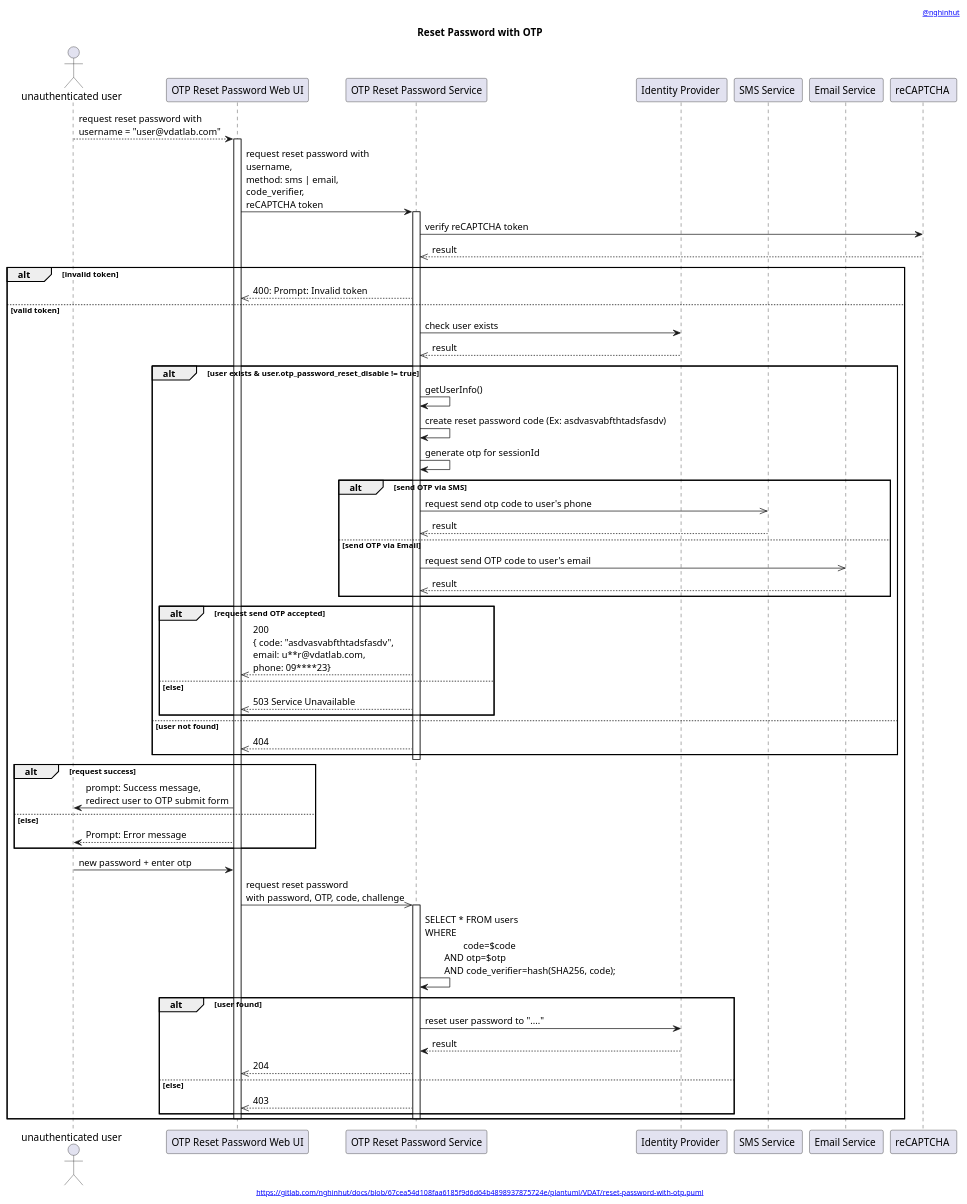
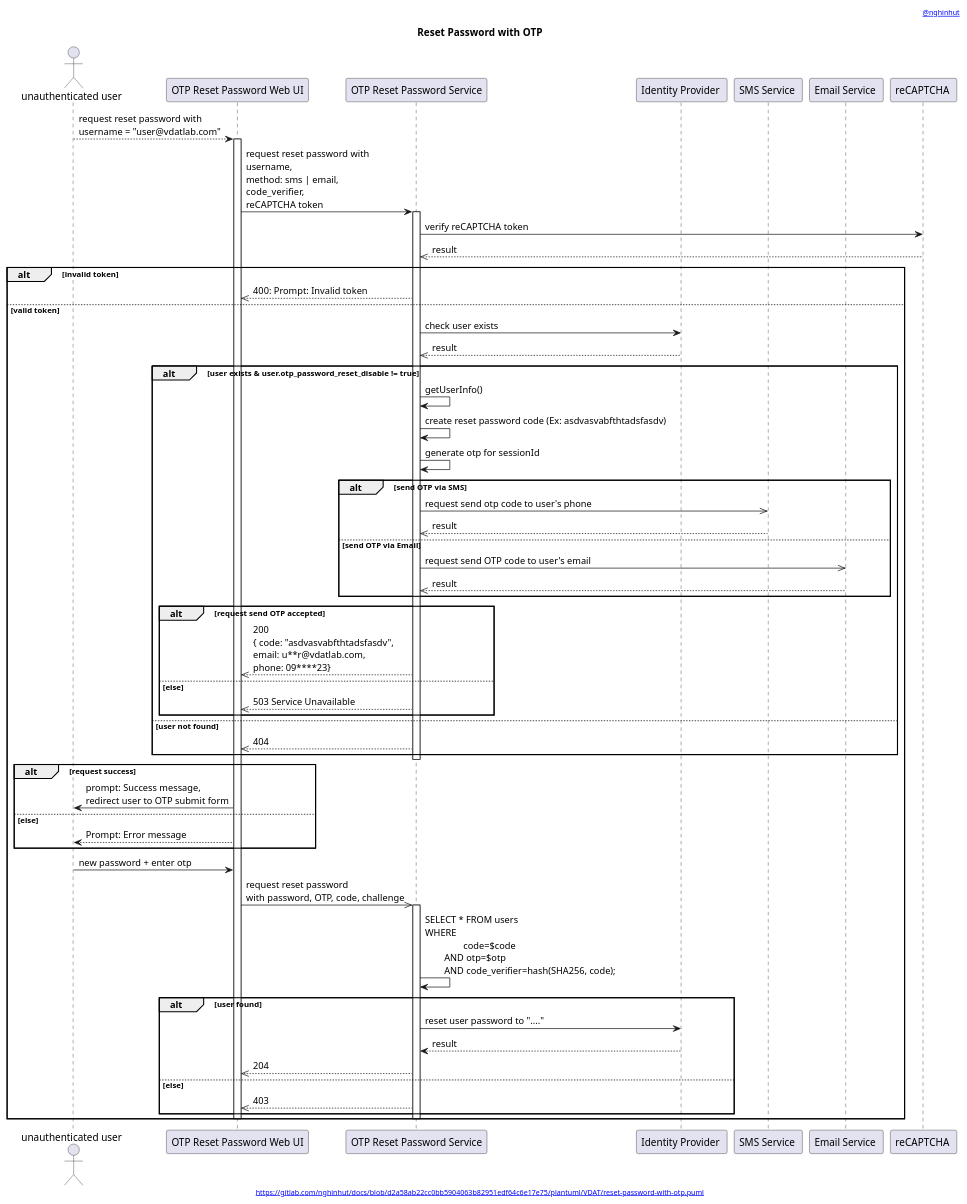
Before and after one commit to nghinhut/docs: the diagram in plantuml/VDAT/reset-password-with-otp.seq.puml, drawn with PlantUML. The commit also changed 24 other files, not shown here.

Commit message:
docs(plantuml): update headers

```diff
--- a/plantuml/VDAT/reset-password-with-otp.seq.puml
+++ b/plantuml/VDAT/reset-password-with-otp.seq.puml
@@ -1,71 +1,71 @@
 @startuml
 '-----START auto generated metadata please keep comment here to allow auto update-----
 '-----DON'T EDIT THIS SECTION, INSTEAD RE-RUN prebuild.sh TO UPDATE-----
-header [[https://www.nghinhut.dev?from=http%5C%3A%5C%2F%5C%2Fwww%5C.plantuml%5C.com%5C%2Fplantuml%5C%2Fproxy%3Ffmt%3Dsvg%5C%26src%3Dhttps%5C%3A%5C%2F%5C%2Fgitlab%5C.com%5C%2Fnghinhut%5C%2Fdocs%5C%2Fraw%5C%2F67cea54d108faa6185f9d6d64b4898937875724e%5C%2Fplantuml%5C%2FVDAT%5C%2Freset-password-with-otp%5C.puml%0A @nghinhut]]
-footer [[http://www.plantuml.com/plantuml/proxy?fmt=svg&src=https://gitlab.com/nghinhut/docs/raw/67cea54d108faa6185f9d6d64b4898937875724e/plantuml/VDAT/reset-password-with-otp.puml https://gitlab.com/nghinhut/docs/blob/67cea54d108faa6185f9d6d64b4898937875724e/plantuml/VDAT/reset-password-with-otp.puml]]
+header [[https://www.nghinhut.dev?from=http%5C%3A%5C%2F%5C%2Fwww%5C.plantuml%5C.com%5C%2Fplantuml%5C%2Fproxy%3Ffmt%3Dsvg%5C%26src%3Dhttps%5C%3A%5C%2F%5C%2Fgitlab%5C.com%5C%2Fnghinhut%5C%2Fdocs%5C%2Fraw%5C%2Fd2a58ab22cc0bb5904063b82951edf64c6e17e75%5C%2Fplantuml%5C%2FVDAT%5C%2Freset-password-with-otp%5C.puml%0A @nghinhut]]
+footer [[http://www.plantuml.com/plantuml/proxy?fmt=svg&src=https://gitlab.com/nghinhut/docs/raw/d2a58ab22cc0bb5904063b82951edf64c6e17e75/plantuml/VDAT/reset-password-with-otp.puml https://gitlab.com/nghinhut/docs/blob/d2a58ab22cc0bb5904063b82951edf64c6e17e75/plantuml/VDAT/reset-password-with-otp.puml]]
 '-----END auto generated metadata please keep comment here to allow auto update-----
 title Reset Password with OTP
 
 actor "unauthenticated user" as rp
 participant "OTP Reset Password Web UI" as client
 participant "OTP Reset Password Service" as rs
 participant "Identity Provider " as idp
 participant "SMS Service " as sms
 participant "Email Service " as email
 participant "reCAPTCHA " as rc
 
 rp --> client : request reset password with\nusername = "user@vdatlab.com"
 activate client
 client -> rs : request reset password with\nusername,\nmethod: sms | email,\ncode_verifier,\nreCAPTCHA token
 activate rs
 rs -> rc : verify reCAPTCHA token
 rs <<-- rc : result
 alt invalid token
 client <<-- rs : 400: Prompt: Invalid token
 else valid token
 rs -> idp : check user exists
 rs <<-- idp : result
 
 alt user exists & user.otp_password_reset_disable != true
     rs -> rs : getUserInfo()
     rs -> rs : create reset password code (Ex: asdvasvabfthtadsfasdv)
     rs -> rs : generate otp for sessionId
     alt send OTP via SMS
         rs ->> sms : request send otp code to user's phone
         rs <<-- sms : result
     else send OTP via Email
         rs ->> email : request send OTP code to user's email
         rs <<-- email : result
     end
     alt request send OTP accepted
         client <<-- rs : 200\n{ code: "asdvasvabfthtadsfasdv",\nemail: u**r@vdatlab.com,\nphone: 09****23}
     else else
         client <<-- rs : 503 Service Unavailable
     end
 else user not found
     client <<-- rs : 404
 end
 deactivate rs
 
 alt request success
     rp <- client : prompt: Success message,\nredirect user to OTP submit form
 else else
     rp <-- client : Prompt: Error message
 end
 
 rp -> client : new password + enter otp
 client ->> rs : request reset password\nwith password, OTP, code, challenge
 activate rs
     rs -> rs : SELECT * FROM users\nWHERE\n\t\tcode=$code\n\tAND otp=$otp\n\tAND code_verifier=hash(SHA256, code);
     alt user found
         rs -> idp : reset user password to "...."
         rs <-- idp : result
         client <<-- rs : 204
     else else
         client <<-- rs : 403
     end
 deactivate rs
 
 deactivate client
 end
 @enduml
```
